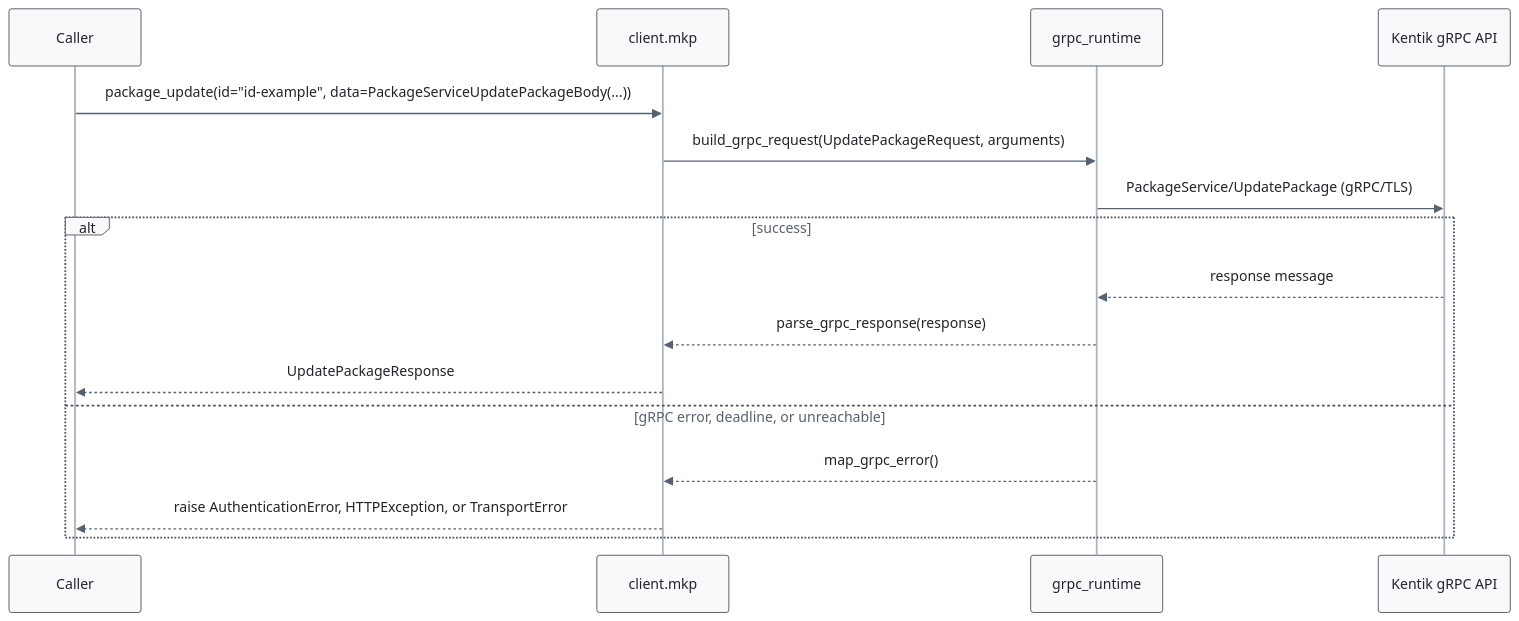
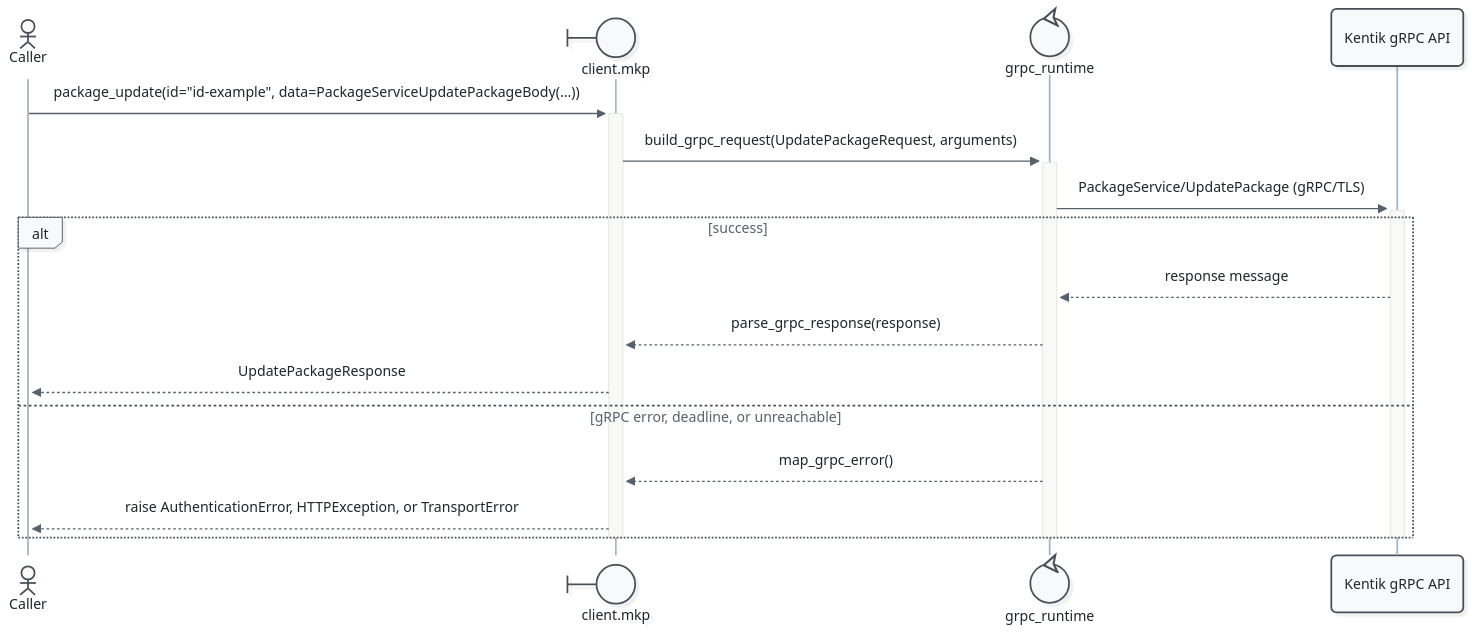
One commit to alexdearaujo/community_sdk_python changed the eighth of 29 diagrams in docs/sphinx/services/mkp.md. Above: the diagram before and after it, drawn with Mermaid. The commit also changed other lines of this file and 52 other files, not shown here.

First line of the commit message:
docs: Mermaid 12 sequence diagrams with participant types and path colors

````diff
--- a/docs/sphinx/services/mkp.md
+++ b/docs/sphinx/services/mkp.md
@@ -284,20 +301,23 @@
 ```mermaid
-%%{init: {"theme": "base", "fontFamily": "ui-monospace, SFMono-Regular, Menlo, monospace", "themeVariables": {"fontFamily": "ui-monospace, SFMono-Regular, Menlo, monospace", "primaryColor": "#f8f9fa", "primaryBorderColor": "#495057", "primaryTextColor": "#212529", "textColor": "#212529", "lineColor": "#77818c", "edgeLabelBackground": "#ffffff", "actorBkg": "#f8f9fa", "actorBorder": "#495057", "actorTextColor": "#212529", "actorLineColor": "#a9b3be", "signalColor": "#57616d", "signalTextColor": "#212529", "labelBoxBkgColor": "#f8f9fa", "labelBoxBorderColor": "#495057", "labelTextColor": "#212529", "loopTextColor": "#57616d", "noteBkgColor": "#fff9db", "noteBorderColor": "#f08c00", "noteTextColor": "#a35a00"}, "flowchart": {"curve": "step", "nodeSpacing": 30, "rankSpacing": 70, "wrappingWidth": 400}}}%%
+%%{init: {"theme": "redux", "look": "neo", "layout": "dagre", "fontFamily": "ui-monospace, SFMono-Regular, Menlo, monospace", "themeVariables": {"fontFamily": "ui-monospace, SFMono-Regular, Menlo, monospace", "primaryColor": "#f8f9fa", "primaryBorderColor": "#495057", "primaryTextColor": "#212529", "textColor": "#212529", "lineColor": "#77818c", "edgeLabelBackground": "#ffffff", "actorBkg": "#f8f9fa", "actorBorder": "#495057", "actorTextColor": "#212529", "actorLineColor": "#a9b3be", "signalColor": "#57616d", "signalTextColor": "#212529", "labelBoxBkgColor": "#f8f9fa", "labelBoxBorderColor": "#495057", "labelTextColor": "#212529", "loopTextColor": "#57616d", "noteBkgColor": "#fff9db", "noteBorderColor": "#f08c00", "noteTextColor": "#a35a00"}, "sequence": {"activationWidth": 16}, "flowchart": {"curve": "step", "nodeSpacing": 30, "rankSpacing": 70, "wrappingWidth": 400}}}%%
 sequenceDiagram
-    participant C as Caller
-    participant W as client.mkp
-    participant R as grpc_runtime
+    actor C as Caller
+    participant W@{ "type": "boundary" } as client.mkp
+    participant R@{ "type": "control" } as grpc_runtime
     participant API as Kentik gRPC API
 
-    C->>W: package_update(id="id-example", data=PackageServiceUpdatePackageBody(...))
-    W->>R: build_grpc_request(UpdatePackageRequest, arguments)
-    R->>API: PackageService/UpdatePackage (gRPC/TLS)
+    C->>+W: package_update(id="id-example", data=PackageServiceUpdatePackageBody(...))
+    W->>+R: build_grpc_request(UpdatePackageRequest, arguments)
+    R->>+API: PackageService/UpdatePackage (gRPC/TLS)
     alt success
         API-->>R: response message
         R-->>W: parse_grpc_response(response)
         W-->>C: UpdatePackageResponse
     else gRPC error, deadline, or unreachable
         R-->>W: map_grpc_error()
         W-->>C: raise AuthenticationError, HTTPException, or TransportError
     end
+    deactivate API
+    deactivate R
+    deactivate W
 ```
````
